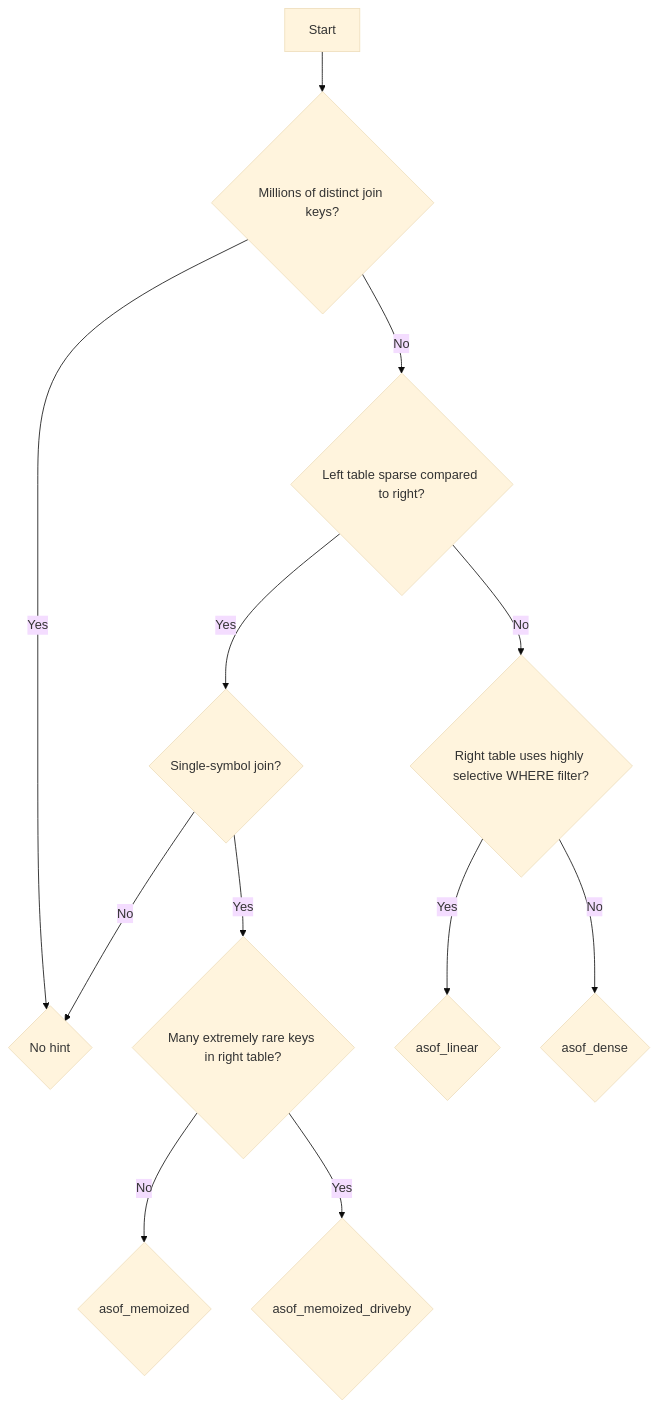
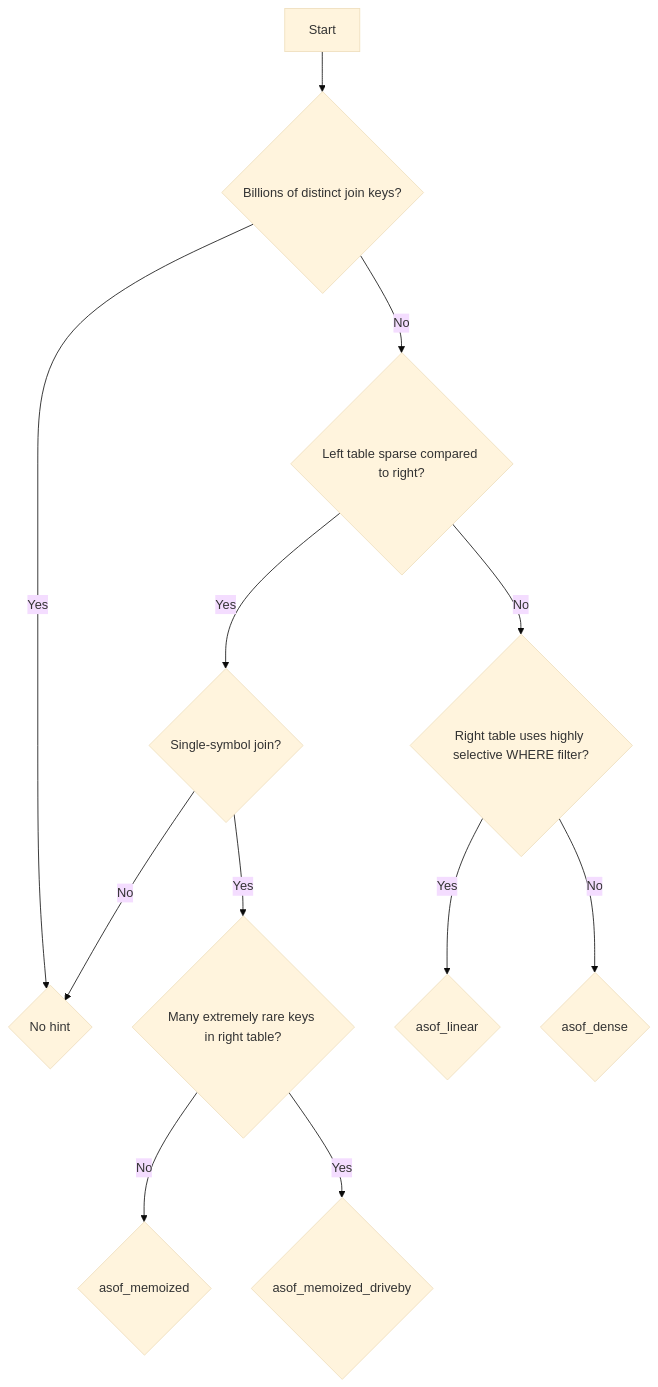
Before and after one commit to questdb/documentation: the diagram in documentation/concept/sql-optimizer-hints.md, drawn with Mermaid (base theme).

Commit message:
re-quantify

````diff
--- a/documentation/concept/sql-optimizer-hints.md
+++ b/documentation/concept/sql-optimizer-hints.md
@@ -79,14 +79,14 @@
 ```mermaid
 graph TD
-    A[Start] --> Q1{Millions of distinct join keys?}
+    A[Start] --> Q1{Billions of distinct join keys?}
     Q1 --> |Yes| FAST{No hint}
     Q1 --> |No| Q2{Left table sparse compared to right?}
     Q2 --> |Yes| Q3{Single-symbol join?}
     Q2 --> |No| Q4{Right table uses highly selective WHERE filter?}
     Q3 --> |Yes| Q5{Many extremely rare keys in right table?}
     Q3 --> |No| FAST
     Q4 --> |Yes| LIGHT{asof_linear}
     Q4 --> |No| DENSE{asof_dense}
     Q5 --> |No| MEMOIZED{asof_memoized}
     Q5 --> |Yes| MEMOIZED_DRIVEBY{asof_memoized_driveby}
 ```
````
